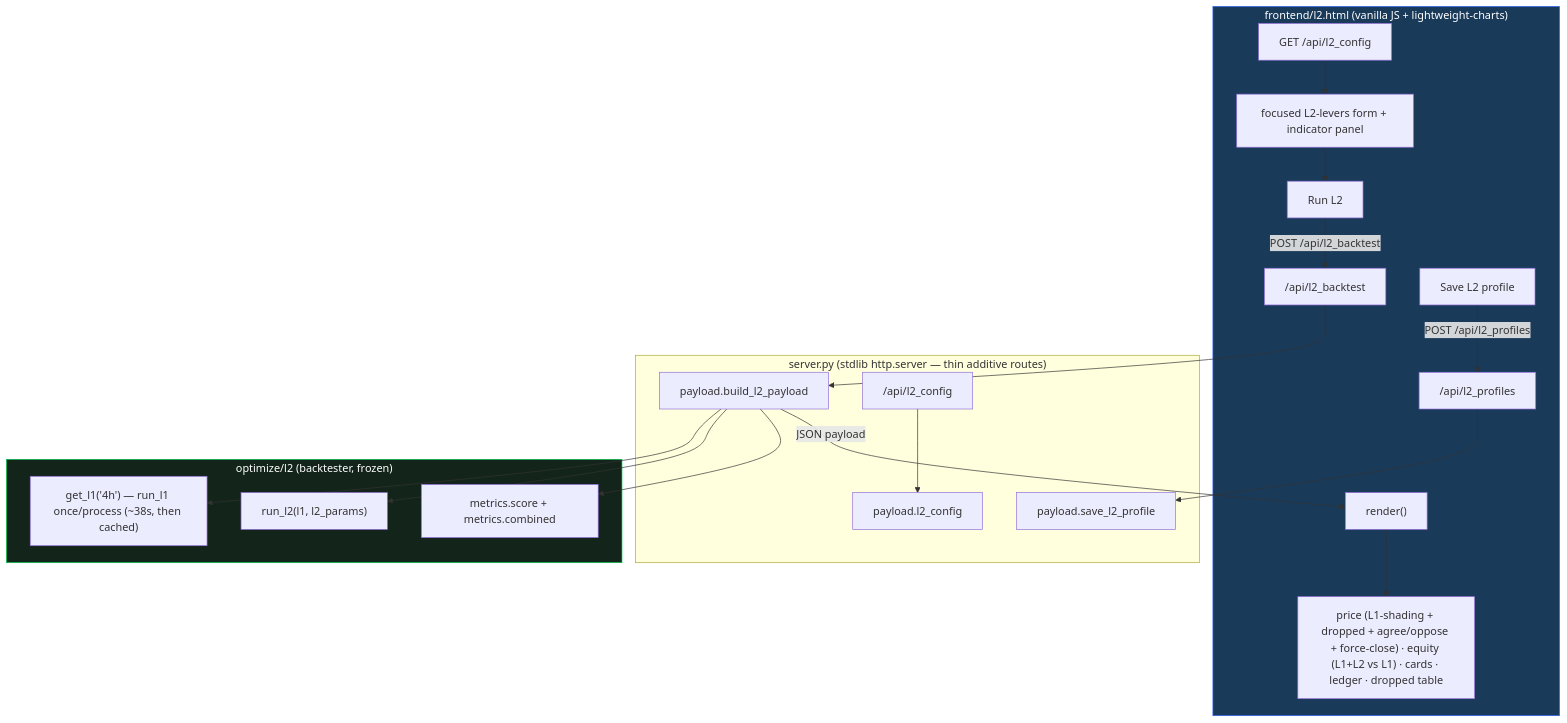
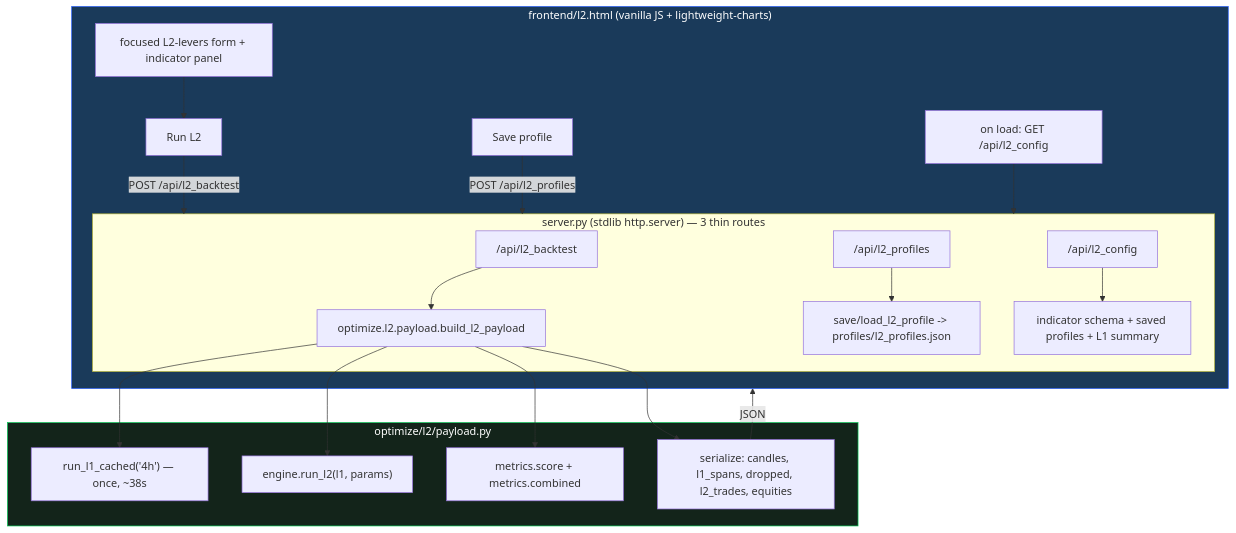
The diagram in subprojects/Parametric-Indicators/optimize/l2/UPDATE_l2_dashboard.md (mulhamfetna/trading-strategy-finder), drawn with Mermaid before and after one commit. The commit also changed other lines of this file and 1 other file, not shown here.

First line of the commit message:
docs(l2): dashboard-inside-dashboard build report; spec status -> built

````diff
--- a/subprojects/Parametric-Indicators/optimize/l2/UPDATE_l2_dashboard.md
+++ b/subprojects/Parametric-Indicators/optimize/l2/UPDATE_l2_dashboard.md
@@ -16,23 +17,23 @@
 ```mermaid
 flowchart TB
-    subgraph CLIENT["frontend/l2.html (vanilla JS + lightweight-charts)"]
+    subgraph BROWSER["frontend/l2.html (vanilla JS + lightweight-charts)"]
         FORM["focused L2-levers form + indicator panel"] --> RUN["Run L2"]
-        RUN -->|"POST /api/l2_backtest"| EP
-        SAVE["Save L2 profile"] -->|"POST /api/l2_profiles"| EP2
-        CFG["GET /api/l2_config"] --> FORM
-        RENDER["render()"] --> VIS["price (L1-shading + dropped + agree/oppose + force-close) · equity (L1+L2 vs L1) · cards · ledger · dropped table"]
+        RUN -->|"POST /api/l2_backtest"| SRV
+        SAVE["Save profile"] -->|"POST /api/l2_profiles"| SRV
+        CFG["on load: GET /api/l2_config"] --> SRV
     end
-    subgraph SRV["server.py (stdlib http.server — thin additive routes)"]
-        EP["/api/l2_backtest"] --> BP["payload.build_l2_payload"]
-        EP2["/api/l2_profiles"] --> SP["payload.save_l2_profile"]
-        EP3["/api/l2_config"] --> CFGB["payload.l2_config"]
+    subgraph SRV["server.py (stdlib http.server) — 3 thin routes"]
+        R1["/api/l2_backtest"] --> PAY["optimize.l2.payload.build_l2_payload"]
+        R2["/api/l2_profiles"] --> PROF["save/load_l2_profile -> profiles/l2_profiles.json"]
+        R3["/api/l2_config"] --> CFGSRC["indicator schema + saved profiles + L1 summary"]
     end
-    subgraph CORE["optimize/l2 (backtester, frozen)"]
-        BP --> L1C["get_l1('4h') — run_l1 once/process (~38s, then cached)"]
-        BP --> RL2["run_l2(l1, l2_params)"]
-        BP --> MET["metrics.score + metrics.combined"]
+    subgraph PAYLOAD["optimize/l2/payload.py"]
+        PAY --> L1C["run_l1_cached('4h') — once, ~38s"]
+        PAY --> RL2["engine.run_l2(l1, params)"]
+        PAY --> MET["metrics.score + metrics.combined"]
+        PAY --> SER["serialize: candles, l1_spans, dropped, l2_trades, equities"]
     end
-    BP -->|"JSON payload"| RENDER
-    style CLIENT fill:#1a3a5a,stroke:#2962ff,color:#fff
-    style CORE fill:#13241a,stroke:#00c853,color:#fff
+    SER -->|JSON| BROWSER
+    style BROWSER fill:#1a3a5a,stroke:#2962ff,color:#fff
+    style PAYLOAD fill:#13241a,stroke:#00c853,color:#fff
 ```
````
